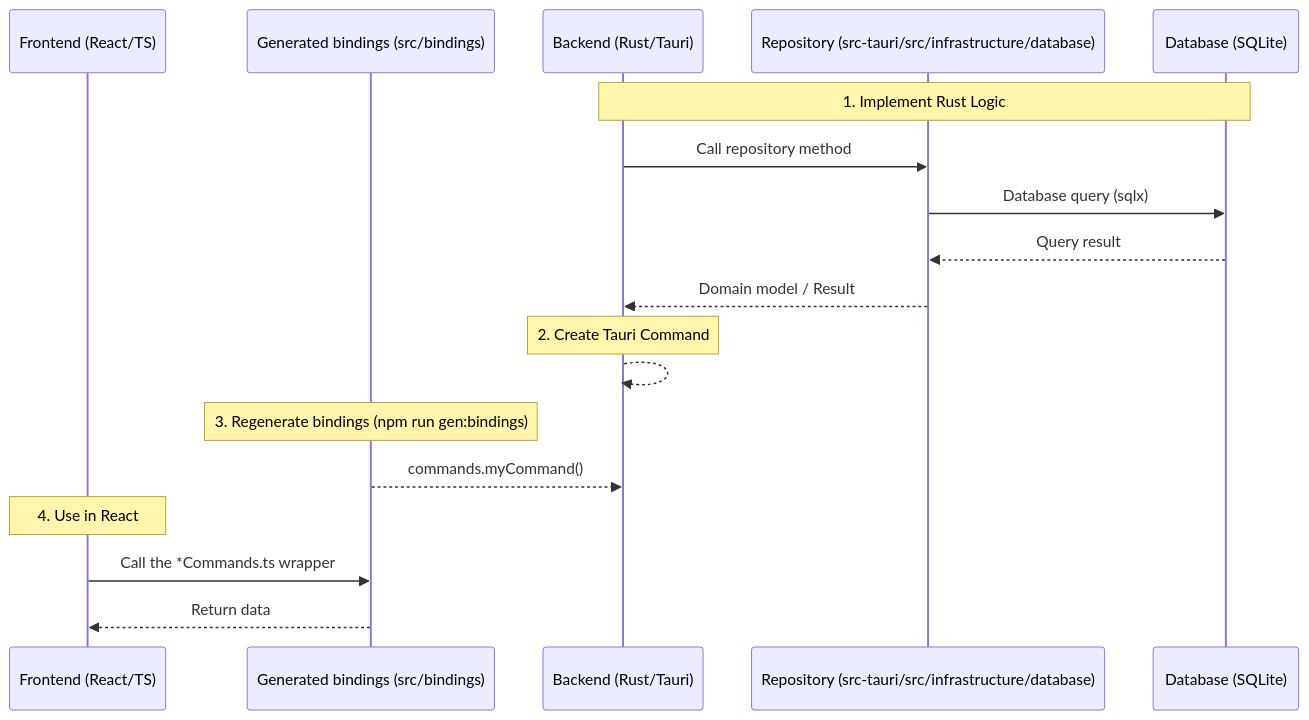
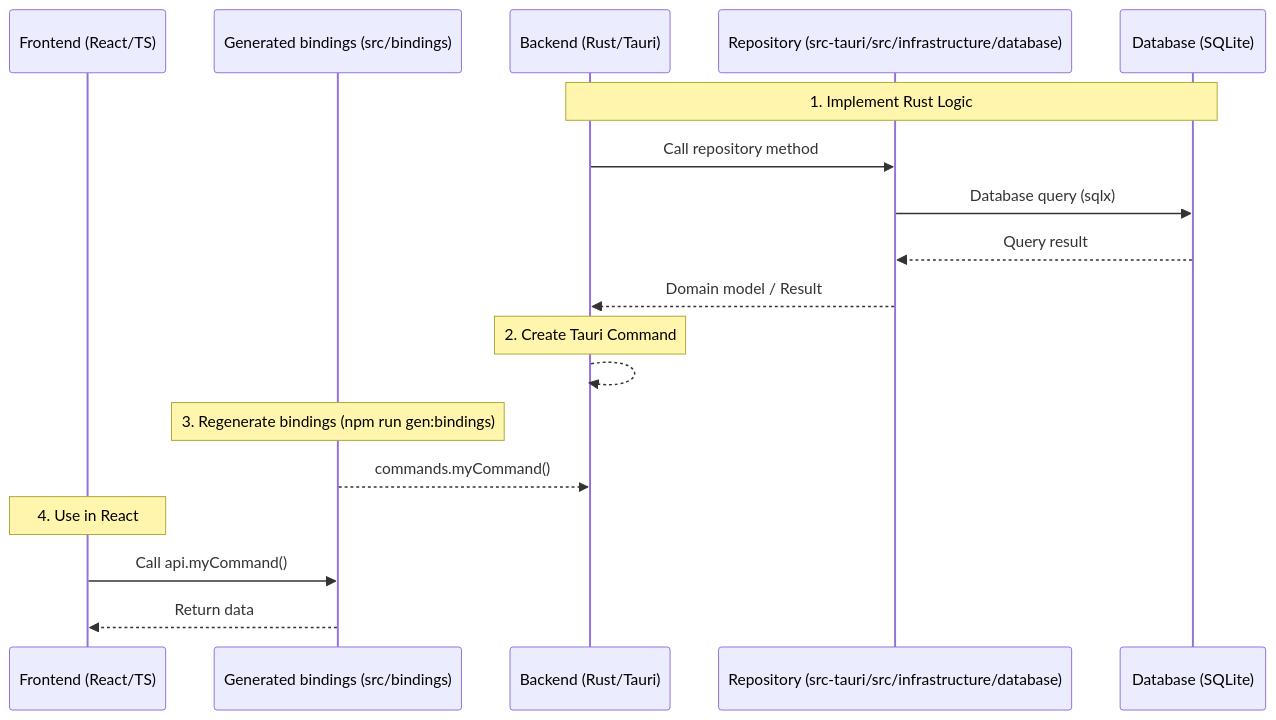
Before and after one commit to Rookro/RookReader: the second of 2 diagrams in docs/wiki/Developer-Guide.md, drawn with Mermaid. The commit also changed other lines of this file and 23 other files, not shown here.

````diff
--- a/docs/wiki/Developer-Guide.md
+++ b/docs/wiki/Developer-Guide.md
@@ -139,24 +139,24 @@
 ```mermaid
 sequenceDiagram
     participant FE as Frontend (React/TS)
     participant Bind as Generated bindings (src/bindings)
     participant Core as Backend (Rust/Tauri)
     participant Repo as Repository (src-tauri/src/infrastructure/database)
     participant DB as Database (SQLite)
 
     Note over Core,DB: 1. Implement Rust Logic
     Core->>Repo: Call repository method
     Repo->>DB: Database query (sqlx)
     DB-->>Repo: Query result
     Repo-->>Core: Domain model / Result
 
     Note over Core: 2. Create Tauri Command
     Core-->>Core: #[tauri::command] #[specta::specta] my_command()
 
     Note over Bind: 3. Regenerate bindings (npm run gen:bindings)
     Bind-->>Core: commands.myCommand()
 
     Note over FE: 4. Use in React
-    FE->>Bind: Call the *Commands.ts wrapper
+    FE->>Bind: Call api.myCommand()
     Bind-->>FE: Return data
 ```
````
